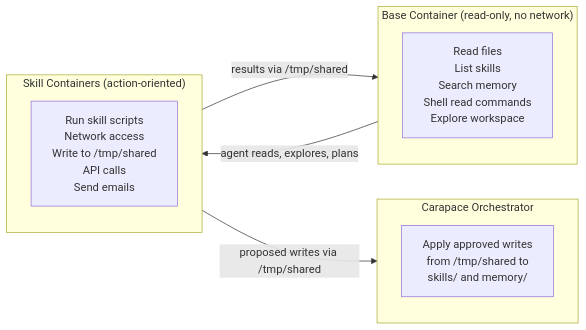
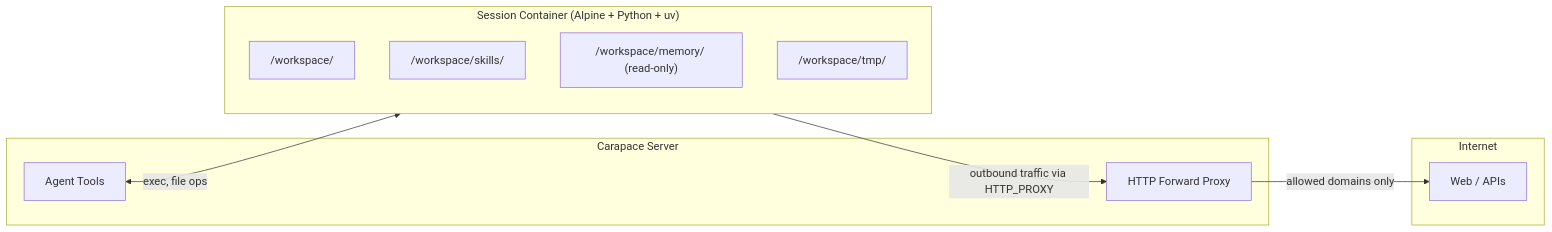
One commit to thiesgerken/carapace changed the diagram in docs/sandbox.md. Above: the diagram before and after it, drawn with Mermaid. The commit also changed other lines of this file and 11 other files, not shown here.

````diff
--- a/docs/sandbox.md
+++ b/docs/sandbox.md
@@ -7,28 +9,22 @@
 ```mermaid
 flowchart LR
-    subgraph base ["Base Container (read-only, no network)"]
-        ReadOps["Read files
-        List skills
-        Search memory
-        Shell read commands
-        Explore workspace"]
+    subgraph carapace [Carapace Server]
+        Agent[Agent Tools]
+        Proxy[HTTP Forward Proxy]
     end
 
-    subgraph skills ["Skill Containers (action-oriented)"]
-        WriteOps["Run skill scripts
-        Network access
-        Write to /tmp/shared
-        API calls
-        Send emails"]
+    subgraph container ["Session Container (Alpine + Python + uv)"]
+        Workspace["/workspace/"]
+        Skills["/workspace/skills/"]
+        Memory["/workspace/memory/ (read-only)"]
+        Tmp["/workspace/tmp/"]
     end
 
-    subgraph orchestrator [Carapace Orchestrator]
-        Apply["Apply approved writes
-        from /tmp/shared to
-        skills/ and memory/"]
+    subgraph external [Internet]
+        APIs[Web / APIs]
     end
 
-    base -->|"agent reads, explores, plans"| skills
-    skills -->|"results via /tmp/shared"| base
-    skills -->|"proposed writes via /tmp/shared"| orchestrator
+    Agent <-->|exec, file ops| container
+    container -->|outbound traffic via HTTP_PROXY| Proxy
+    Proxy -->|allowed domains only| APIs
 ```
````
